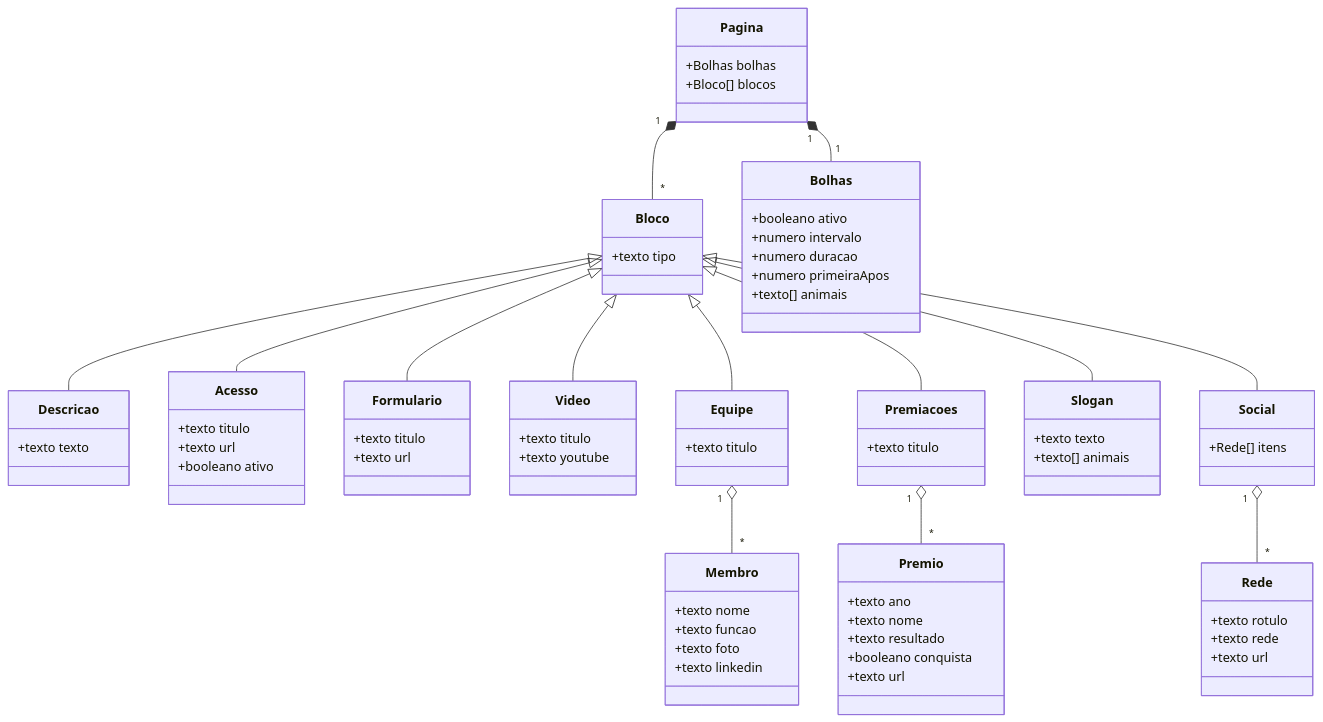
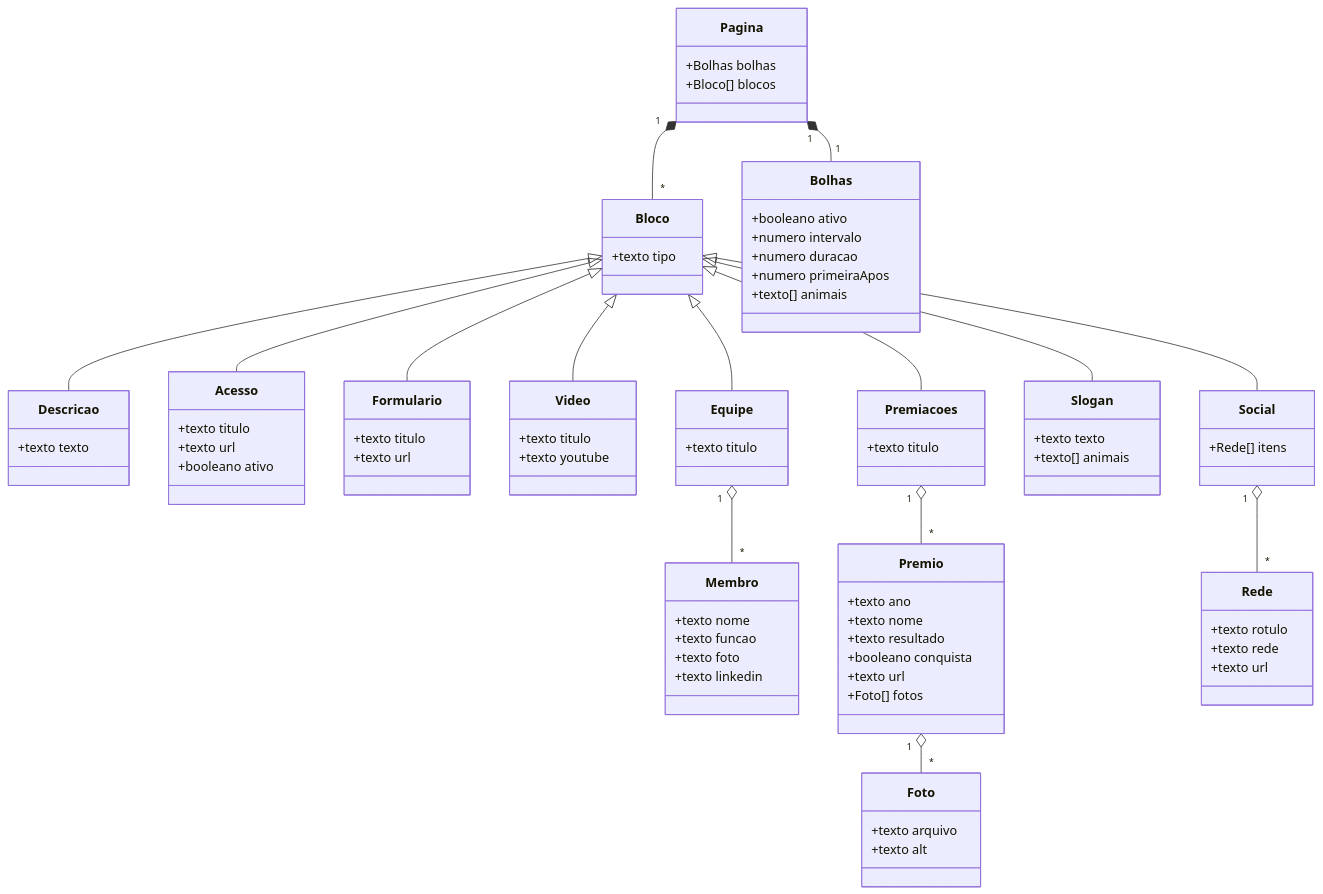
One commit to pedrohfilho/Link_Bio_Zoop changed the second of 2 diagrams in README.md. Above: the diagram before and after it, drawn with Mermaid. The commit also changed other lines of this file and 16 other files, not shown here.

````diff
--- a/README.md
+++ b/README.md
@@ -91,6 +91,11 @@
     +texto resultado
     +booleano conquista
     +texto url
+    +Foto[] fotos
+  }
+  class Foto {
+    +texto arquivo
+    +texto alt
   }
   class Slogan {
     +texto texto
@@ -123,5 +128,6 @@
   Bloco <|-- Social
   Equipe "1" o-- "*" Membro
   Premiacoes "1" o-- "*" Premio
+  Premio "1" o-- "*" Foto
   Social "1" o-- "*" Rede
 ```
````
